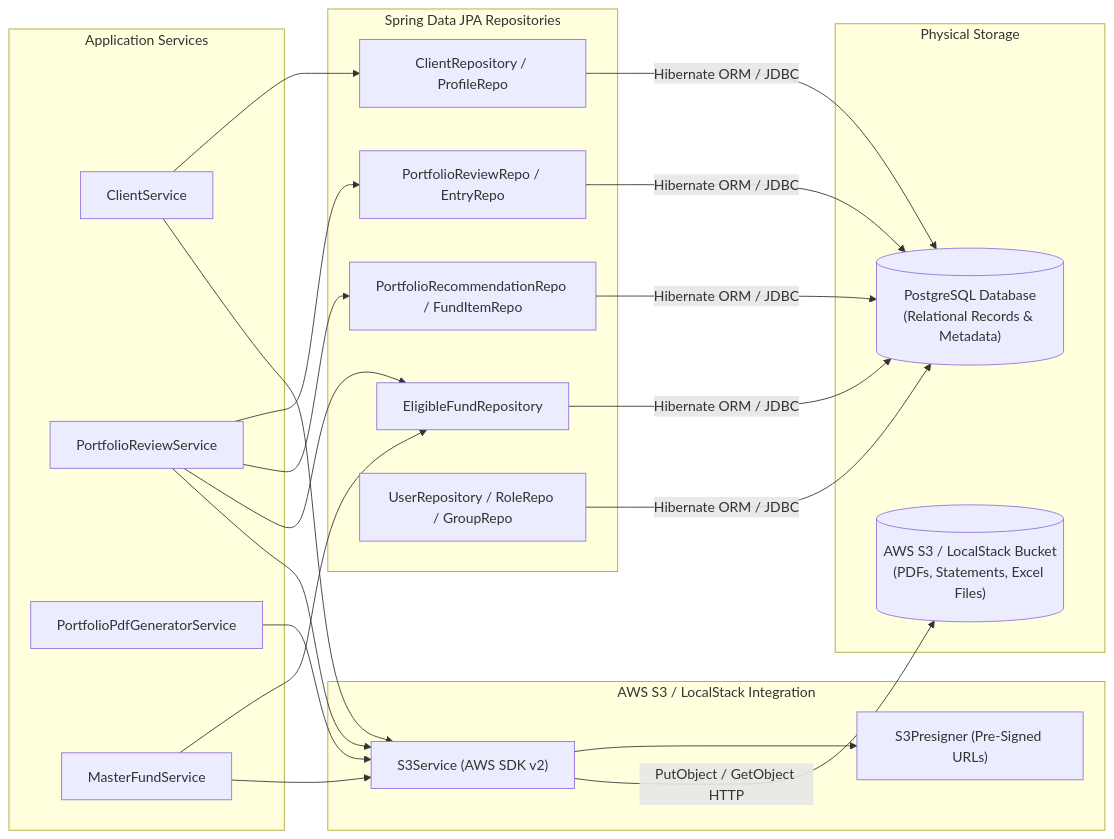
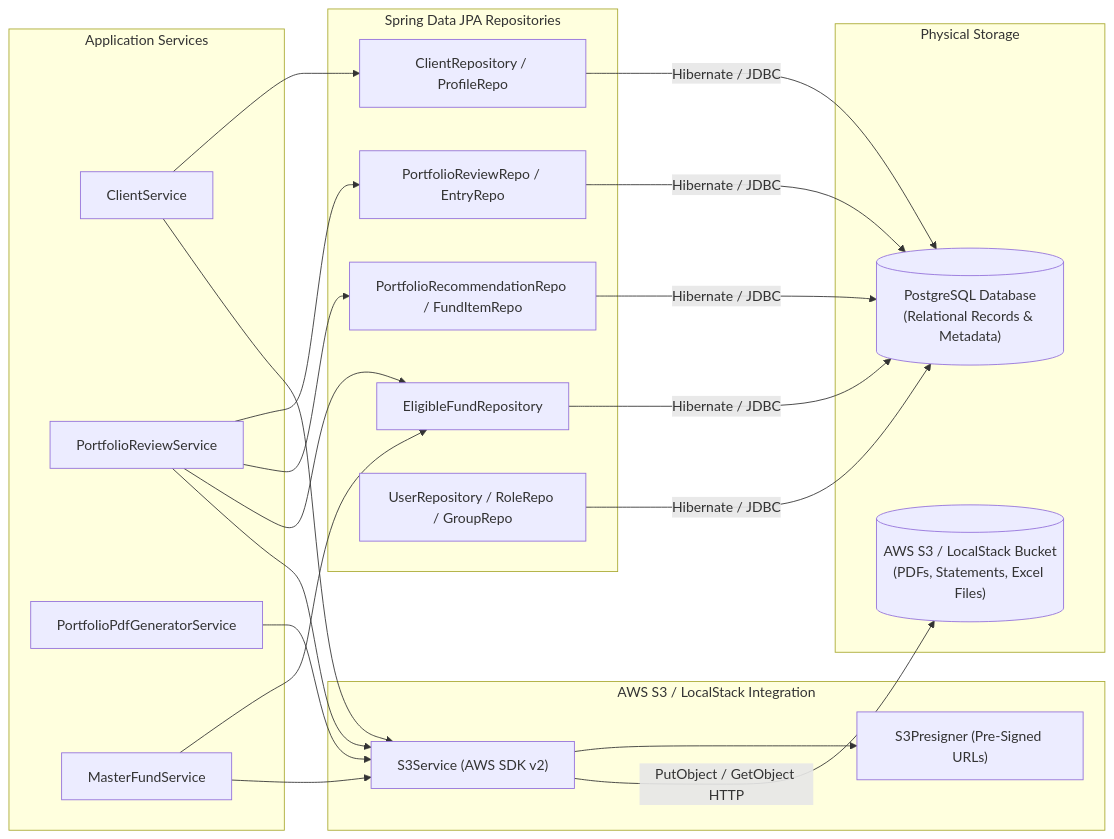
Before and after one commit to NatsuDrag9/wealth-tech-crm: the fourth of 30 diagrams in docs/Uml_Diagrams.md, drawn with Mermaid. The commit also changed other lines of this file, not shown here.

Commit message:
docs(uml-diagrams): minor changes

````diff
--- a/docs/Uml_Diagrams.md
+++ b/docs/Uml_Diagrams.md
@@ -91,36 +91,45 @@
 ```mermaid
 flowchart LR
     subgraph Services["Application Services"]
         CS["ClientService"]
         PRS["PortfolioReviewService"]
         PDF["PortfolioPdfGeneratorService"]
         MFS["MasterFundService"]
     end
 
     subgraph Repos["Spring Data JPA Repositories"]
         CR["ClientRepository / ProfileRepo"]
         PRR["PortfolioReviewRepo / EntryRepo"]
         RR["PortfolioRecommendationRepo / FundItemRepo"]
         EFR["EligibleFundRepository"]
         UR["UserRepository / RoleRepo / GroupRepo"]
     end
 
     subgraph CloudInfra["AWS S3 / LocalStack Integration"]
         S3S["S3Service (AWS SDK v2)"]
         Presigner["S3Presigner (Pre-Signed URLs)"]
     end
 
     subgraph Storage["Physical Storage"]
         Postgres[("PostgreSQL Database<br/>(Relational Records & Metadata)")]
         S3Bucket[("AWS S3 / LocalStack Bucket<br/>(PDFs, Statements, Excel Files)")]
     end
 
-    CS --> CR & S3S
-    PRS --> PRR & RR & EFR & S3S
+    CS --> CR
+    CS --> S3S
+    PRS --> PRR
+    PRS --> RR
+    PRS --> EFR
+    PRS --> S3S
     PDF --> S3S
-    MFS --> EFR & S3S
+    MFS --> EFR
+    MFS --> S3S
     S3S --> Presigner
 
-    CR & PRR & RR & EFR & UR -->|Hibernate ORM / JDBC| Postgres
-    S3S -->|PutObject / GetObject HTTP| S3Bucket
+    CR -->|"Hibernate / JDBC"| Postgres
+    PRR -->|"Hibernate / JDBC"| Postgres
+    RR -->|"Hibernate / JDBC"| Postgres
+    EFR -->|"Hibernate / JDBC"| Postgres
+    UR -->|"Hibernate / JDBC"| Postgres
+    S3S -->|"PutObject / GetObject HTTP"| S3Bucket
 ```
````
